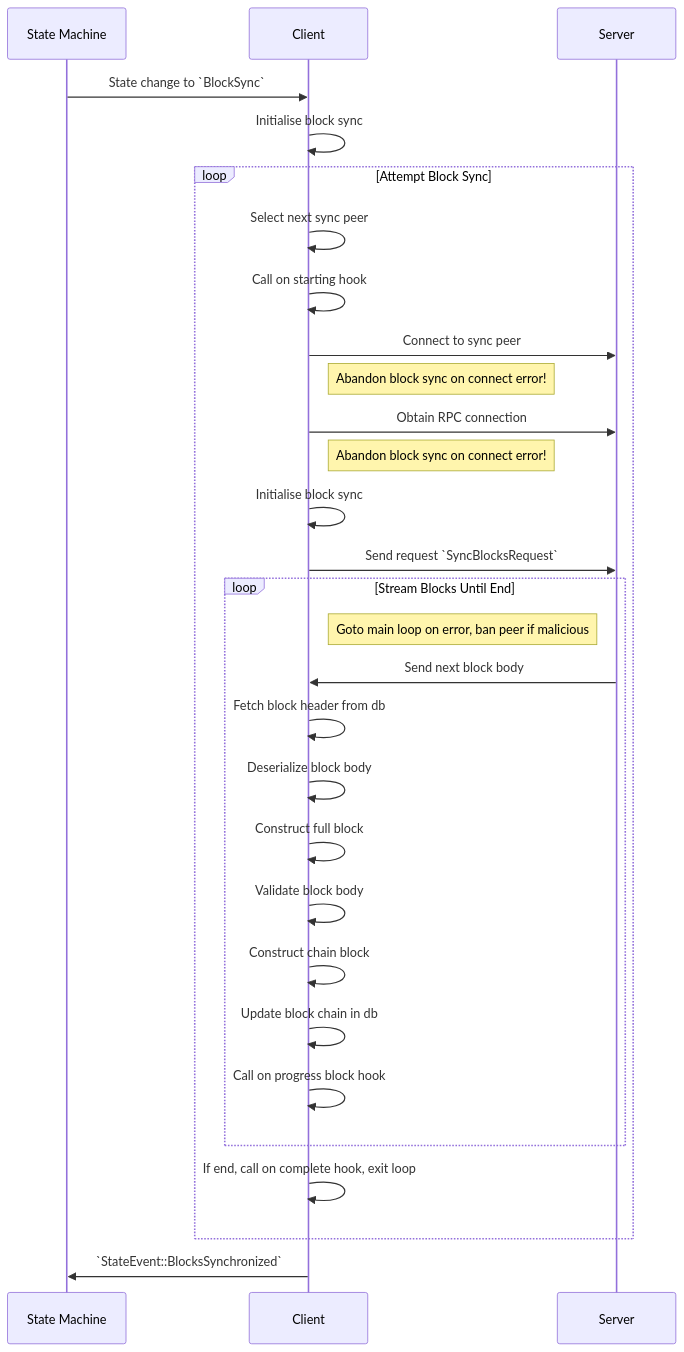
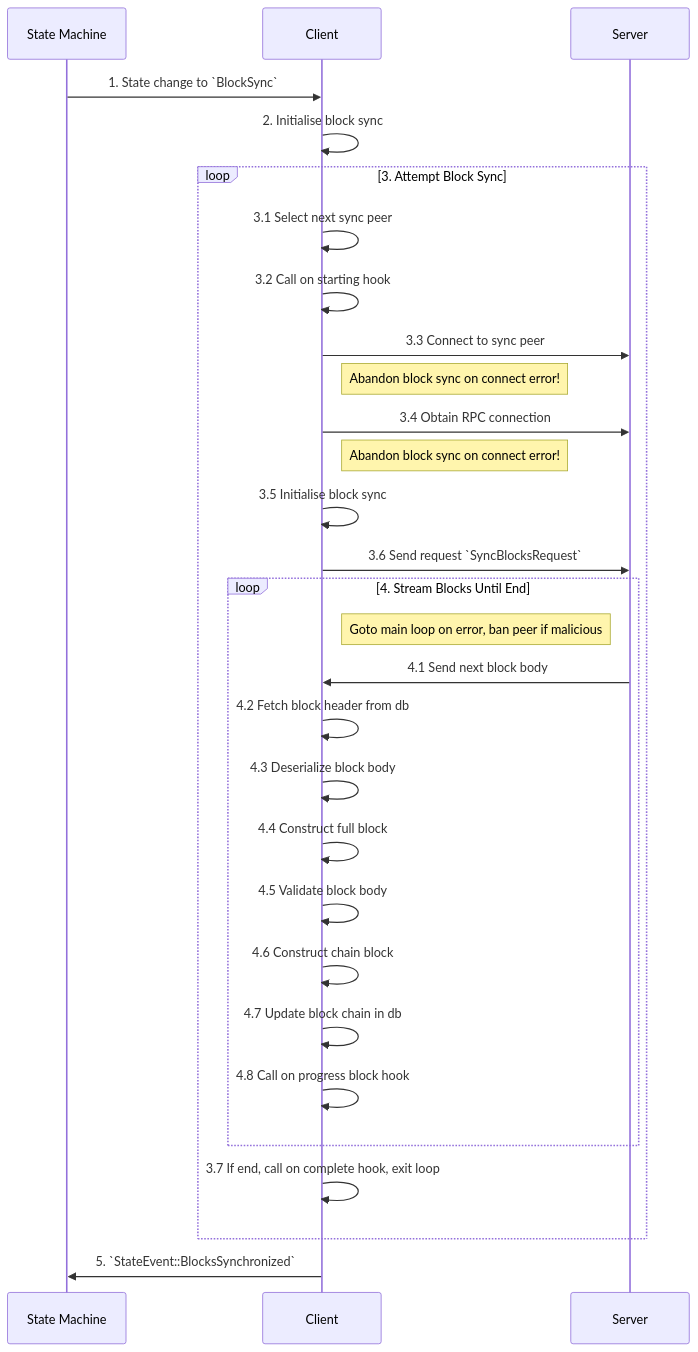
Before and after one commit to tari-project/tari: the second of 2 diagrams in docs/src/diagrams/block_sync.md, drawn with Mermaid. The commit also changed other lines of this file, not shown here.

Commit message:
add numbers

````diff
--- a/docs/src/diagrams/block_sync.md
+++ b/docs/src/diagrams/block_sync.md
@@ -28,31 +28,31 @@
 ```mermaid
 sequenceDiagram
 participant State Machine
 participant Client
 participant Server
-State Machine->>Client: State change to `BlockSync`
-Client->>Client: Initialise block sync
-loop Attempt Block Sync
-  Client->>Client: Select next sync peer
-  Client->>Client: Call on starting hook
-  Client->>Server: Connect to sync peer
+State Machine->>Client: 1. State change to `BlockSync`
+Client->>Client: 2. Initialise block sync
+loop 3. Attempt Block Sync
+  Client->>Client: 3.1 Select next sync peer
+  Client->>Client: 3.2 Call on starting hook
+  Client->>Server: 3.3 Connect to sync peer
   Note right of Client: Abandon block sync on connect error!
-  Client->>Server: Obtain RPC connection
+  Client->>Server: 3.4 Obtain RPC connection
   Note right of Client: Abandon block sync on connect error!
-  Client->>Client: Initialise block sync
-  Client->>Server: Send request `SyncBlocksRequest`
-  loop Stream Blocks Until End
+  Client->>Client: 3.5 Initialise block sync
+  Client->>Server: 3.6 Send request `SyncBlocksRequest`
+  loop 4. Stream Blocks Until End
     Note right of Client: Goto main loop on error, ban peer if malicious
-    Server->>Client: Send next block body
-    Client->>Client: Fetch block header from db
-    Client->>Client: Deserialize block body
-    Client->>Client: Construct full block
-    Client->>Client: Validate block body
-    Client->>Client: Construct chain block
-    Client->>Client: Update block chain in db
-    Client->>Client: Call on progress block hook
+    Server->>Client: 4.1 Send next block body
+    Client->>Client: 4.2 Fetch block header from db
+    Client->>Client: 4.3 Deserialize block body
+    Client->>Client: 4.4 Construct full block
+    Client->>Client: 4.5 Validate block body
+    Client->>Client: 4.6 Construct chain block
+    Client->>Client: 4.7 Update block chain in db
+    Client->>Client: 4.8 Call on progress block hook
   end
-  Client->>Client: If end, call on complete hook, exit loop
+  Client->>Client: 3.7 If end, call on complete hook, exit loop
 end
-Client->>State Machine: `StateEvent::BlocksSynchronized`
+Client->>State Machine: 5. `StateEvent::BlocksSynchronized`
 ```
````
